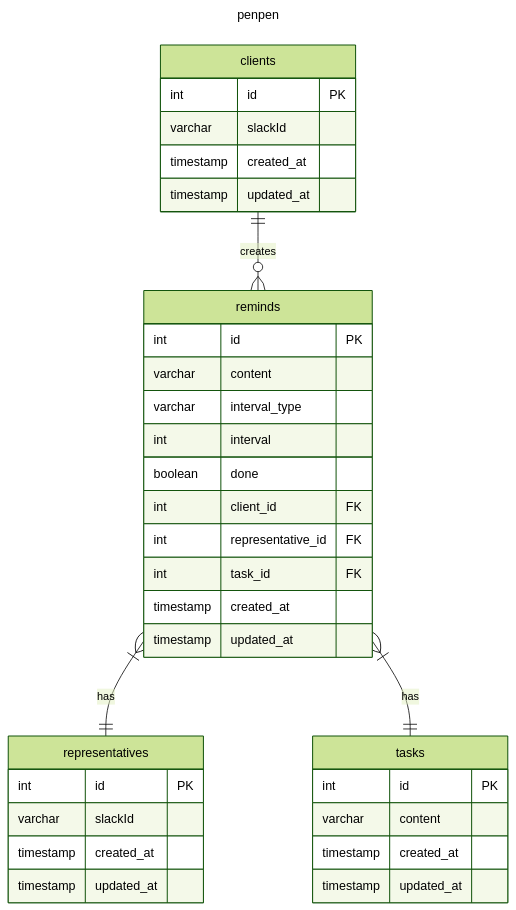
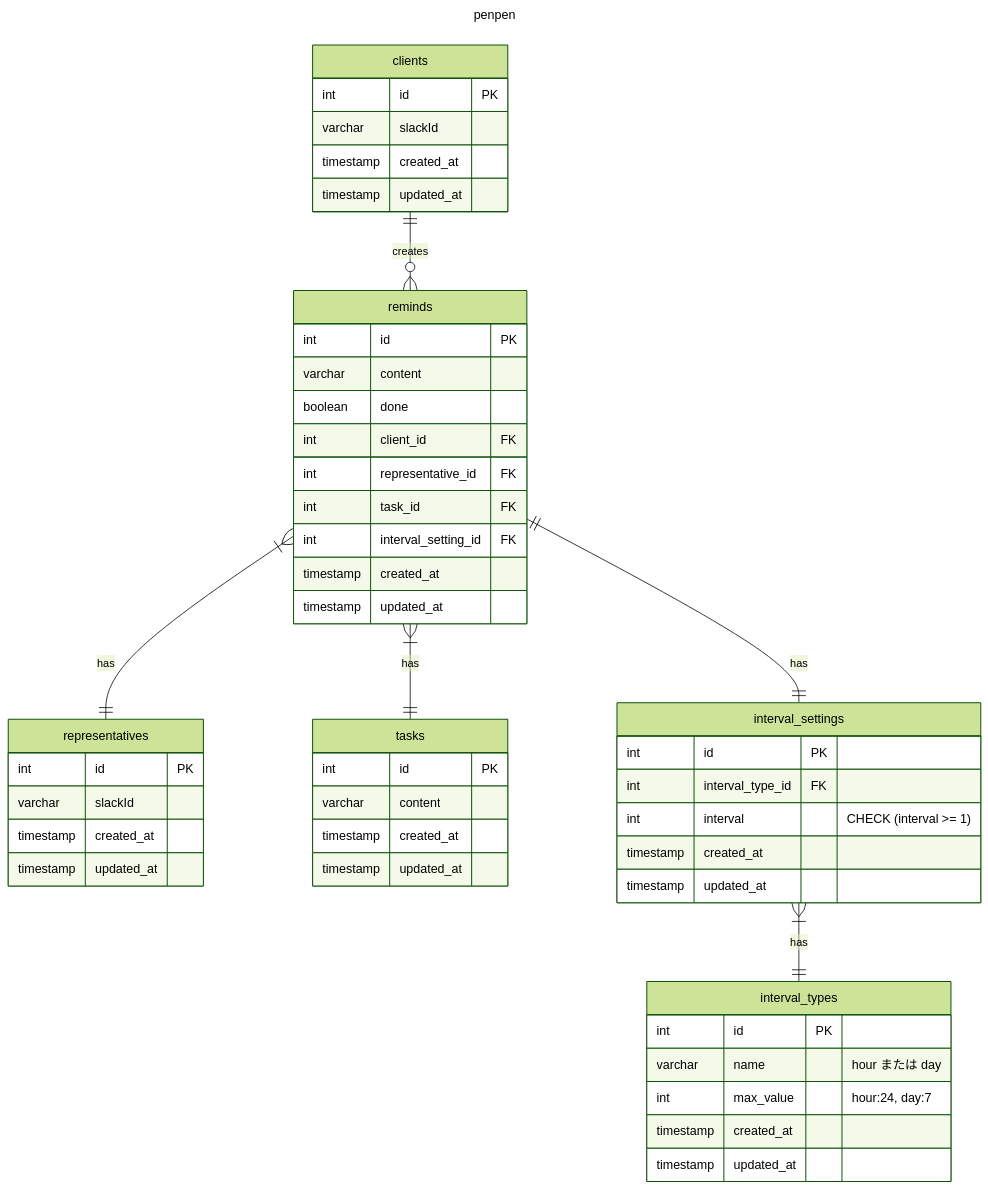
The diagram in db/modeling/4/er.md (ttakuma17/til), drawn with Mermaid (forest theme) before and after one commit. The commit also changed other lines of this file, not shown here.

Commit message:
リマインドの間隔の扱いを見直す

````diff
--- a/db/modeling/4/er.md
+++ b/db/modeling/4/er.md
@@ -23,44 +29,61 @@
 ```mermaid
 ---
 title: penpen
 ---
 erDiagram
   %% 依頼者(R)
   clients {
     int id PK
     varchar slackId
     timestamp created_at
     timestamp updated_at
   }
   %% リマインド (E)
   reminds {
     int id PK
     varchar content
-    varchar interval_type
-    int interval
     boolean done
     int client_id FK
     int representative_id FK
     int task_id FK
+    int interval_setting_id FK
     timestamp created_at
     timestamp updated_at
   }
   %% 担当者(R)
   representatives {
     int id PK
     varchar slackId
     timestamp created_at
     timestamp updated_at
   }
   %% タスク(R)
   tasks {
     int id PK
     varchar content
     timestamp created_at
     timestamp updated_at
   }
+  %% リマインド間隔タイプ(R)
+  interval_types {
+    int id PK
+    varchar name "hour または day"
+    int max_value "hour:24, day:7"
+    timestamp created_at
+    timestamp updated_at
+  }
+  %% リマインド間隔設定(R)
+  interval_settings {
+    int id PK
+    int interval_type_id FK
+    int interval "CHECK (interval >= 1)"
+    timestamp created_at
+    timestamp updated_at
+  }
   
   clients ||--o{ reminds: "creates"
   reminds }|--|| representatives: "has"
   reminds }|--|| tasks: "has"
+  reminds ||--|| interval_settings: "has"
+  interval_settings }|--|| interval_types: "has"
 ```
````
